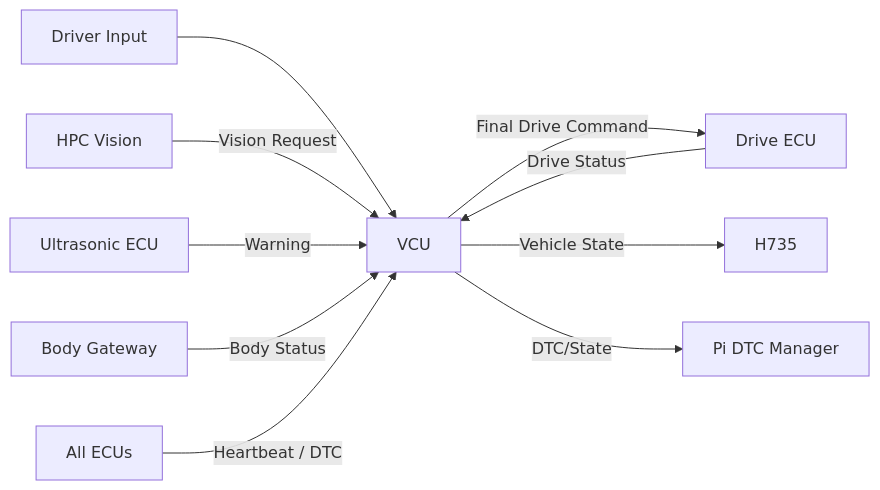
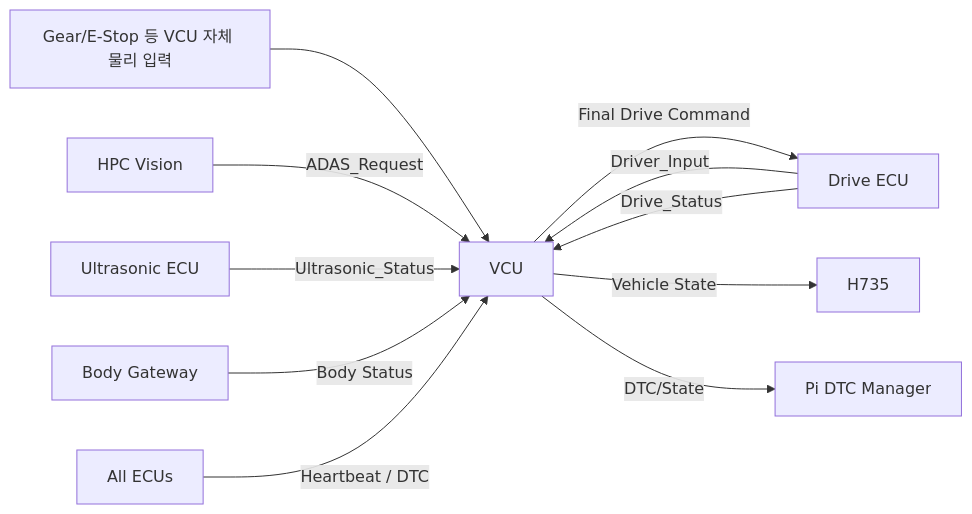
The first of 5 diagrams in docs/ecus/VCU_DTC_CAN_Integration/ARCHITECTURE.md (sunmaan22/SDV_MCU_Project), drawn with Mermaid before and after one commit. The commit also changed other lines of this file and 28 other files, not shown here.

````diff
--- a/docs/ecus/VCU_DTC_CAN_Integration/ARCHITECTURE.md
+++ b/docs/ecus/VCU_DTC_CAN_Integration/ARCHITECTURE.md
@@ -79,12 +82,13 @@
 ```mermaid
 flowchart LR
-    DRIVER[Driver Input] --> VCU[VCU]
-    HPC[HPC Vision] -->|Vision Request| VCU
-    US[Ultrasonic ECU] -->|Warning| VCU
-    DRIVE[Drive ECU] -->|Drive Status| VCU
+    GEAR[Gear/E-Stop 등 VCU 자체 물리 입력] --> VCU[VCU]
+    DRIVE[Drive ECU] -->|Driver_Input| VCU
+    HPC[HPC Vision] -->|ADAS_Request| VCU
+    US[Ultrasonic ECU] -->|Ultrasonic_Status| VCU
+    DRIVE -->|Drive_Status| VCU
     BODY[Body Gateway] -->|Body Status| VCU
     ALL[All ECUs] -->|Heartbeat / DTC| VCU
     VCU -->|Final Drive Command| DRIVE
     VCU -->|Vehicle State| HMI[H735]
     VCU -->|DTC/State| PI[Pi DTC Manager]
 ```
````
